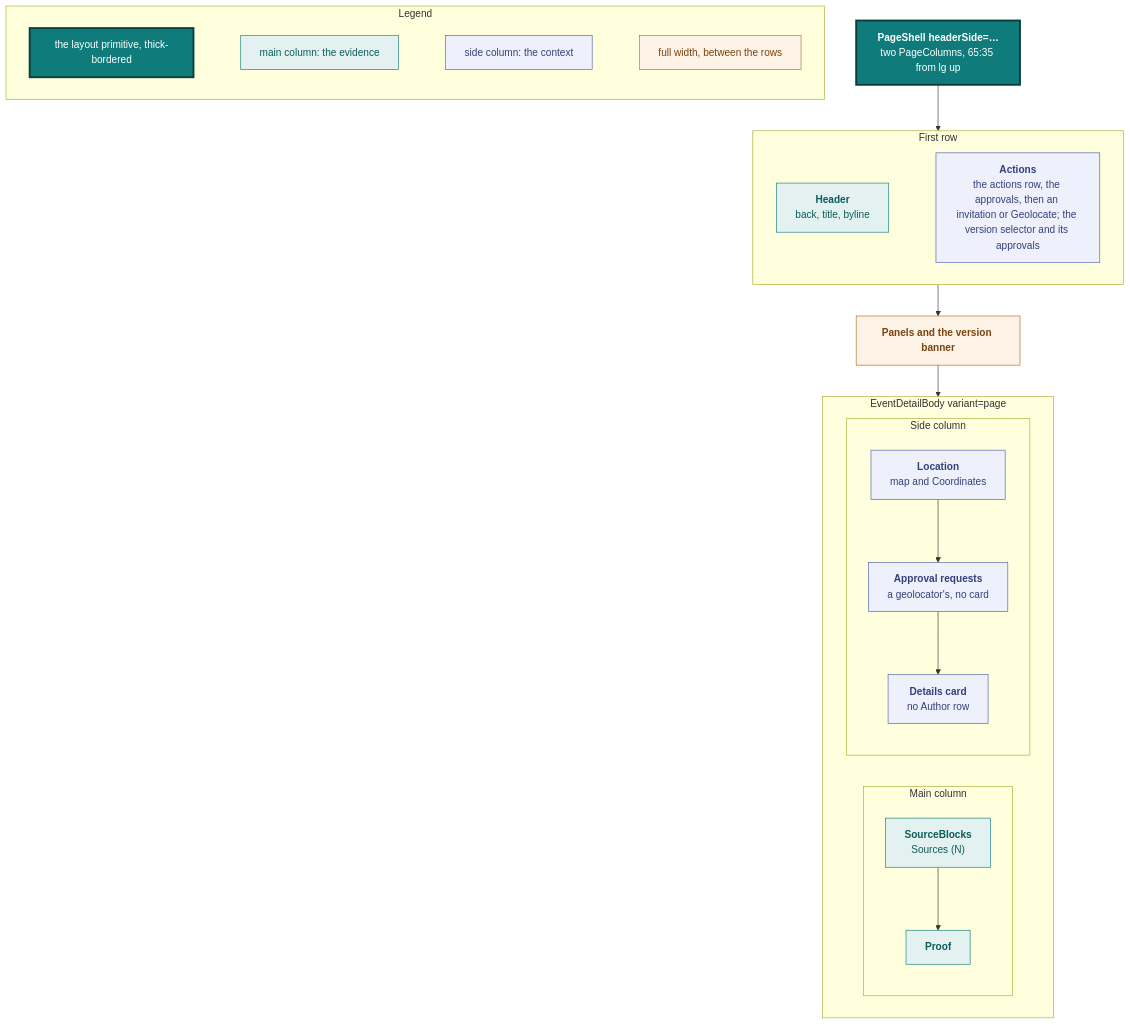
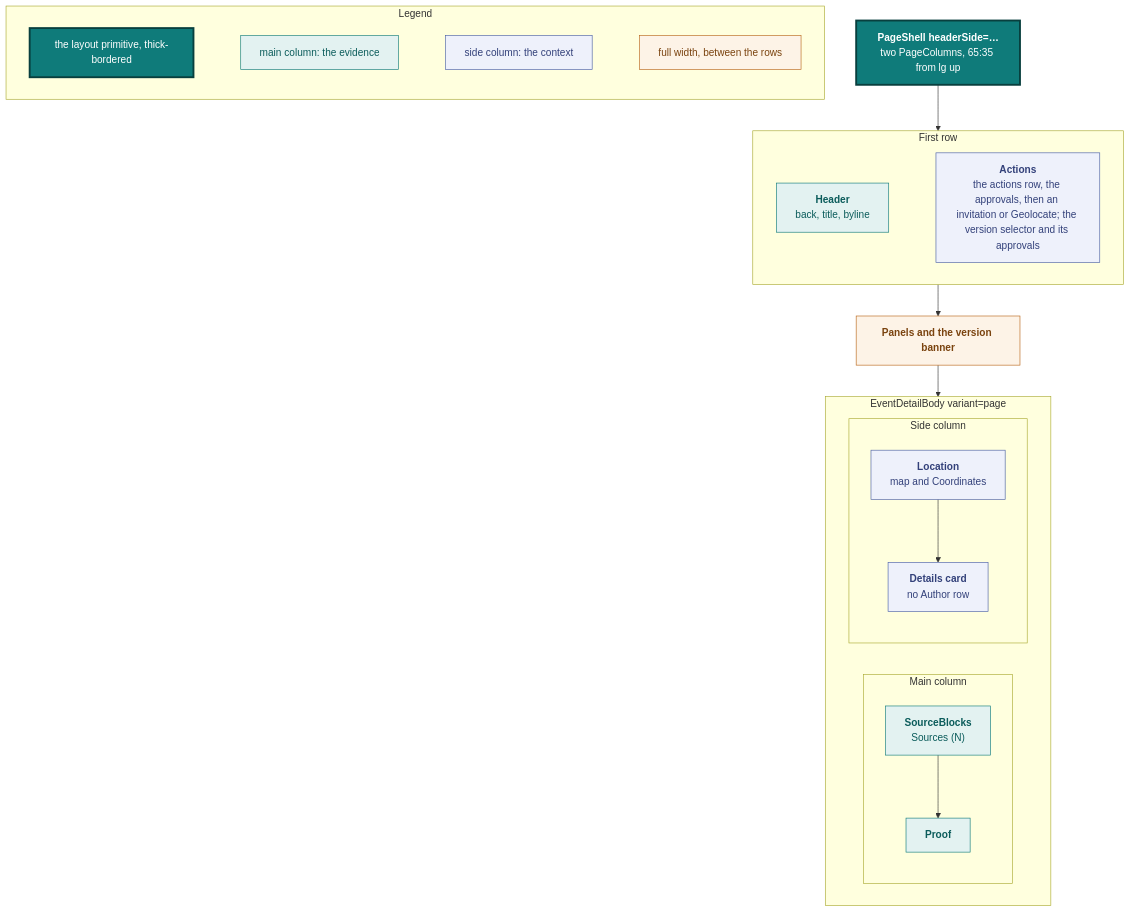
The sixth of 13 diagrams in docs/design.md (vidithq/vidit), drawn with Mermaid before and after one commit. The commit also changed other lines of this file and 11 other files, not shown here.

````diff
--- a/docs/design.md
+++ b/docs/design.md
@@ -667,53 +667,51 @@
 ```mermaid
 flowchart TB
   classDef core fill:#0f7b7a,stroke:#083f3e,stroke-width:3px,color:#ffffff
   classDef shared fill:#e3f2f1,stroke:#0f7b7a,color:#0b5c5b
   classDef spec fill:#eef1fb,stroke:#4a5fa5,color:#33417a
   classDef state fill:#fdf3e7,stroke:#b8661a,color:#7a430f
 
   subgraph legend [Legend]
     direction LR
     l1["`the layout primitive, thick-bordered`"]:::core
     l2["`main column: the evidence`"]:::shared
     l3["`side column: the context`"]:::spec
     l4["`full width, between the rows`"]:::state
     l1 ~~~ l2 ~~~ l3 ~~~ l4
   end
 
   shell["`**PageShell headerSide=…**
   two PageColumns, 65:35 from lg up`"]:::core
 
   subgraph top [First row]
     direction LR
     header["`**Header**
     back, title, byline`"]:::shared
     actions["`**Actions**
     the actions row, the approvals, then an invitation or Geolocate; the version selector and its approvals`"]:::spec
     header ~~~ actions
   end
 
   between["`**Panels and the version banner**`"]:::state
 
   subgraph body [EventDetailBody variant=page]
     direction LR
     subgraph main [Main column]
       direction TB
       sources["`**SourceBlocks**
       Sources (N)`"]:::shared
       proof["`**Proof**`"]:::shared
       sources --> proof
     end
     subgraph side [Side column]
       direction TB
       location["`**Location**
       map and Coordinates`"]:::spec
-      requests["`**Approval requests**
-      a geolocator's, no card`"]:::spec
       details["`**Details card**
       no Author row`"]:::spec
-      location --> requests --> details
+      location --> details
     end
   end
 
   shell --> top --> between --> body
 ```
````
